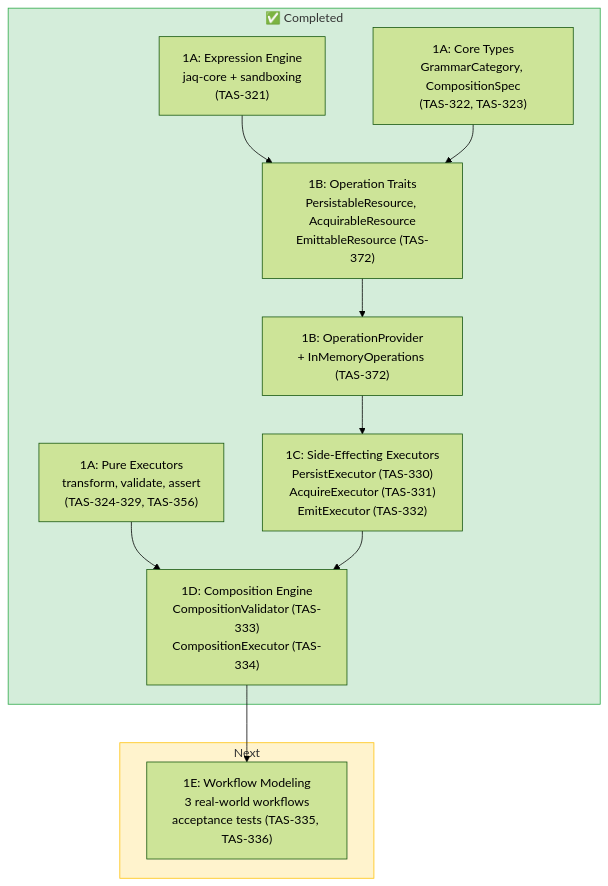
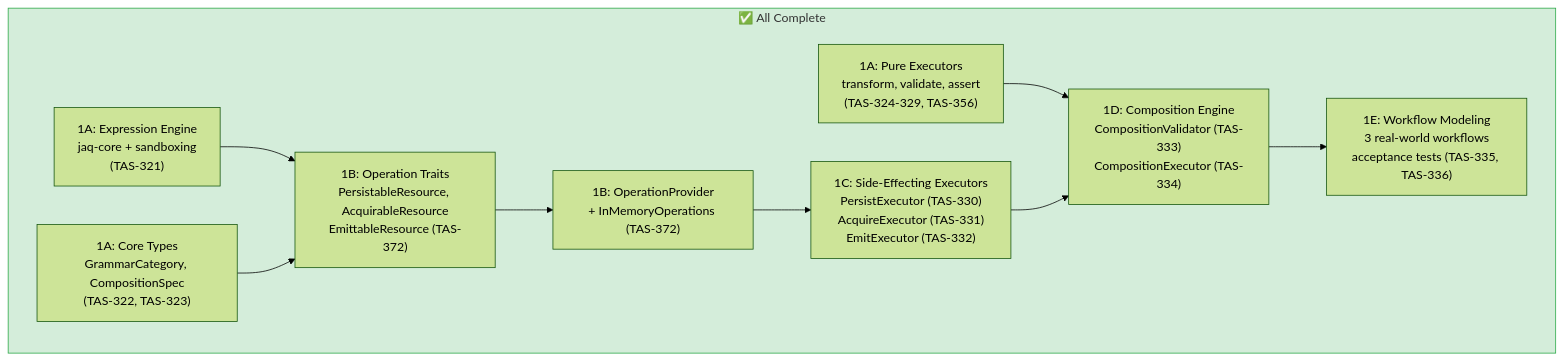
Before and after one commit to tasker-systems/tasker-core: the second of 5 diagrams in docs/composition-architecture/roadmap.md, drawn with Mermaid (forest theme). The commit also changed other lines of this file and 2 other files, not shown here.

First line of the commit message:
docs: reconcile composition architecture roadmap for Phase 1 completion and TAS-374/375

````diff
--- a/docs/composition-architecture/roadmap.md
+++ b/docs/composition-architecture/roadmap.md
@@ -159,27 +149,23 @@
 ```mermaid
 flowchart TD
-    subgraph done_1["✅ Completed"]
+    subgraph done_1["✅ All Complete"]
         A1["1A: Expression Engine\njaq-core + sandboxing\n(TAS-321)"]
         A1types["1A: Core Types\nGrammarCategory, CompositionSpec\n(TAS-322, TAS-323)"]
         A1exec["1A: Pure Executors\ntransform, validate, assert\n(TAS-324-329, TAS-356)"]
         B1["1B: Operation Traits\nPersistableResource, AcquirableResource\nEmittableResource (TAS-372)"]
         B1provider["1B: OperationProvider\n+ InMemoryOperations (TAS-372)"]
         C1["1C: Side-Effecting Executors\nPersistExecutor (TAS-330)\nAcquireExecutor (TAS-331)\nEmitExecutor (TAS-332)"]
         D1["1D: Composition Engine\nCompositionValidator (TAS-333)\nCompositionExecutor (TAS-334)"]
-    end
-
-    subgraph active_1["Next"]
         E1["1E: Workflow Modeling\n3 real-world workflows\nacceptance tests (TAS-335, TAS-336)"]
     end
 
     A1 --> B1
     A1types --> B1
     A1exec --> D1
 
     B1 --> B1provider --> C1
     C1 --> D1
     D1 --> E1
 
     style done_1 fill:#d4edda,stroke:#28a745
-    style active_1 fill:#fff3cd,stroke:#ffc107
 ```
````
